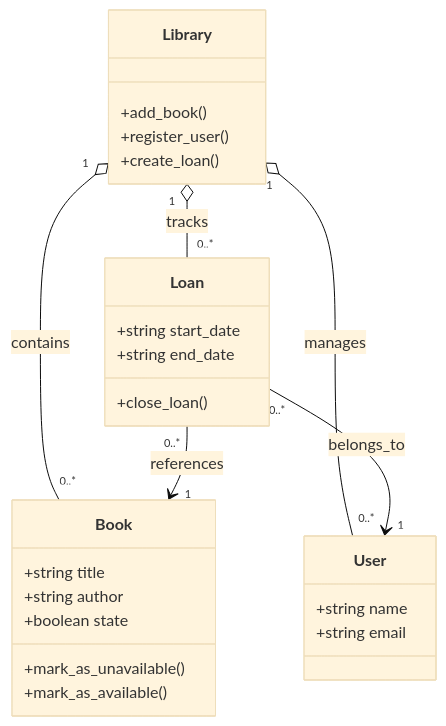
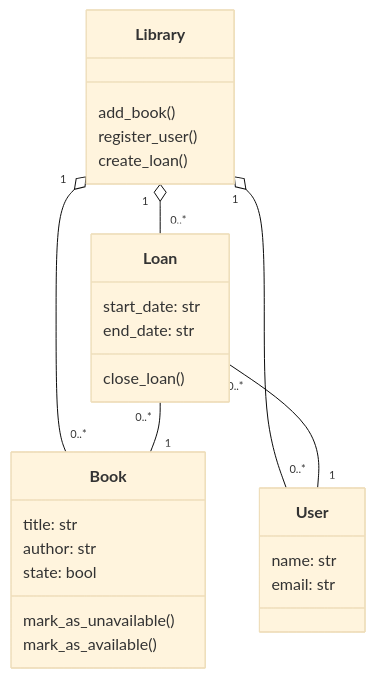
Before and after one commit to SultanJafari/holbertonschool-sw_design_architecture: the diagram in uml_intro/0-class_diagram.mmd, drawn with Mermaid (base theme).

Commit message:
Add UML class diagram

```diff
--- a/uml_intro/0-class_diagram.mmd
+++ b/uml_intro/0-class_diagram.mmd
@@ -1,31 +1,31 @@
 classDiagram
     class Library {
-        +add_book()
-        +register_user()
-        +create_loan()
+        add_book()
+        register_user()
+        create_loan()
     }
 
     class Book {
-        +string title
-        +string author
-        +boolean state
-        +mark_as_unavailable()
-        +mark_as_available()
+        title: str
+        author: str
+        state: bool
+        mark_as_unavailable()
+        mark_as_available()
     }
 
     class User {
-        +string name
-        +string email
+        name: str
+        email: str
     }
 
     class Loan {
-        +string start_date
-        +string end_date
-        +close_loan()
+        start_date: str
+        end_date: str
+        close_loan()
     }
 
-    Library "1" o-- "0..*" Book : contains
-    Library "1" o-- "0..*" User : manages
-    Library "1" o-- "0..*" Loan : tracks
-    Loan "0..*" --> "1" Book : references
-    Loan "0..*" --> "1" User : belongs_to
+    Library "1" o-- "0..*" Book
+    Library "1" o-- "0..*" User
+    Library "1" o-- "0..*" Loan
+    Loan "0..*" -- "1" Book
+    Loan "0..*" -- "1" User
```
